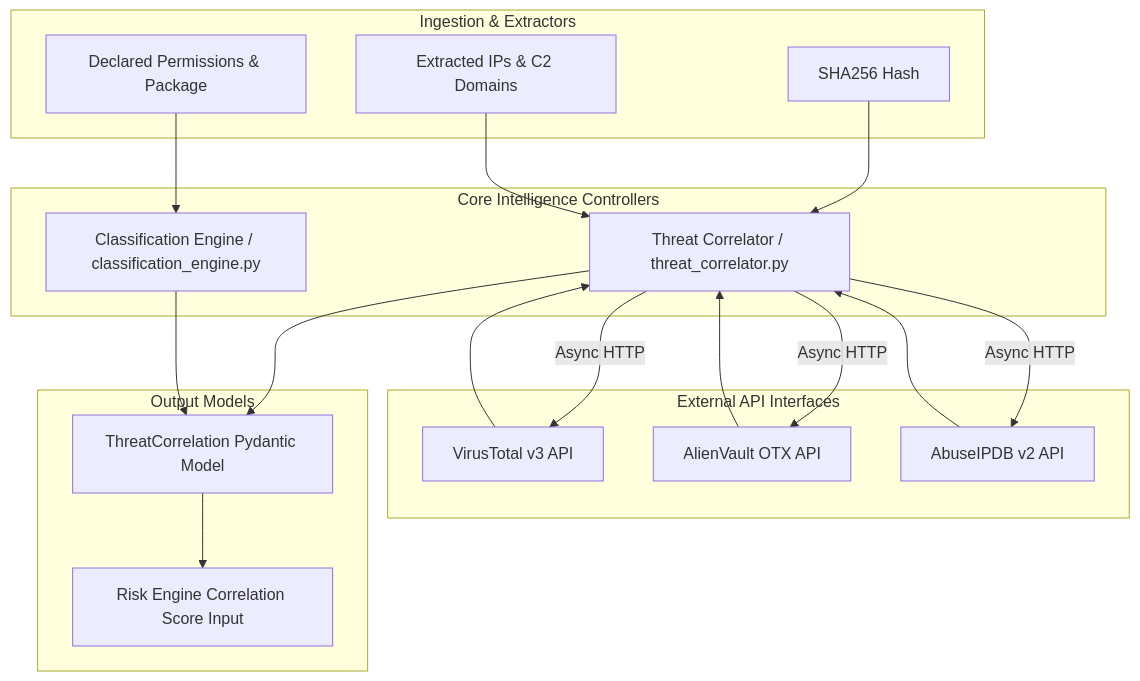
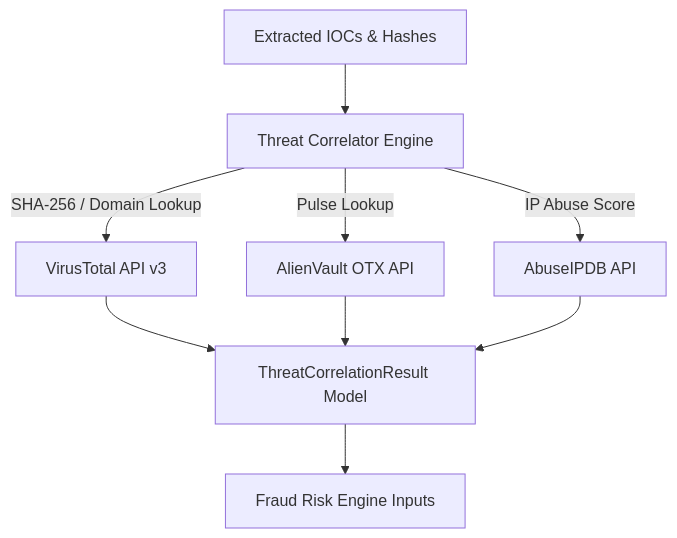
Before and after one commit to SanTiwari07/Sudarshan: the diagram in docs/architecture/07_FRAUD_INTELLIGENCE_ENGINE.md, drawn with Mermaid. The commit also changed other lines of this file and 46 other files, not shown here.

Commit message:
implement AI investigation engine with RAG, fraud workflow reconstruction, and technical documentation framework.

````diff
--- a/docs/architecture/07_FRAUD_INTELLIGENCE_ENGINE.md
+++ b/docs/architecture/07_FRAUD_INTELLIGENCE_ENGINE.md
@@ -59,40 +29,14 @@
 ```mermaid
 graph TD
-    subgraph Ingestion & Extractors
-        HASH[SHA256 Hash]
-        IOCS[Extracted IPs & C2 Domains]
-        PERMS[Declared Permissions & Package]
-    end
+    EXT[Extracted IOCs & Hashes] --> CORR[Threat Correlator Engine]
 
-    subgraph External API Interfaces
-        VT[VirusTotal v3 API]
-        OTX[AlienVault OTX API]
-        ABUSE[AbuseIPDB v2 API]
-    end
+    CORR -->|SHA-256 / Domain Lookup| VT[VirusTotal API v3]
+    CORR -->|Pulse Lookup| OTX[AlienVault OTX API]
+    CORR -->|IP Abuse Score| ABUSE[AbuseIPDB API]
 
-    subgraph Core Intelligence Controllers
-        TC[Threat Correlator / threat_correlator.py]
-        CE[Classification Engine / classification_engine.py]
-    end
+    VT --> MODEL[ThreatCorrelationResult Model]
+    OTX --> MODEL
+    ABUSE --> MODEL
 
-    subgraph Output Models
-        MODEL[ThreatCorrelation Pydantic Model]
-        RISK[Risk Engine Correlation Score Input]
-    end
-
-    HASH --> TC
-    IOCS --> TC
-    PERMS --> CE
-
-    TC -->|Async HTTP| VT
-    TC -->|Async HTTP| OTX
-    TC -->|Async HTTP| ABUSE
-
-    VT --> TC
-    OTX --> TC
-    ABUSE --> TC
-
-    TC --> MODEL
-    CE --> MODEL
-    MODEL --> RISK
+    MODEL --> RISK[Fraud Risk Engine Inputs]
 ```
````
